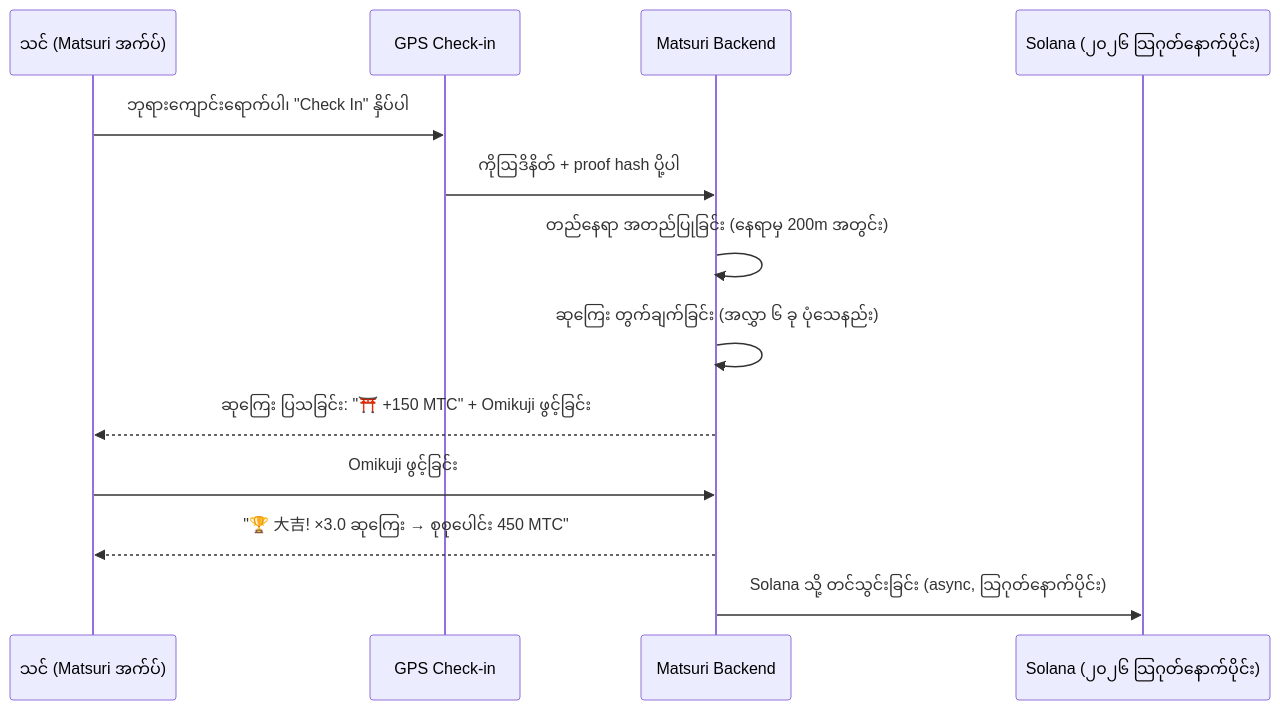
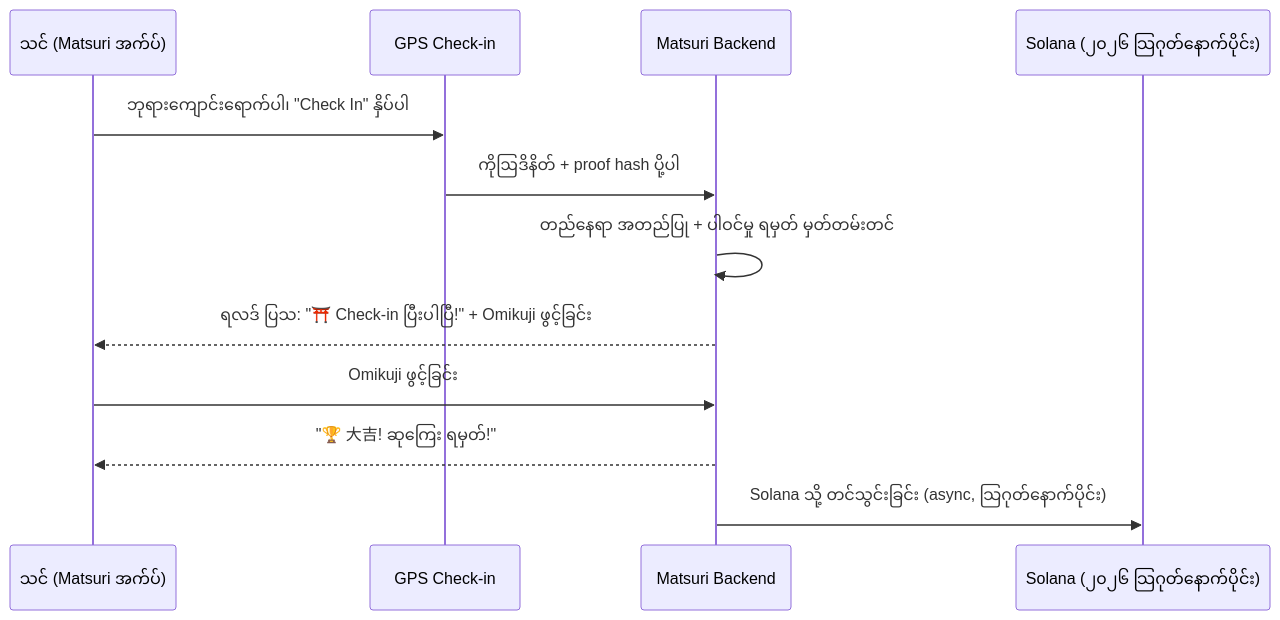
Before and after one commit to Cootakahashi/matsuri-dao-whitepaper: the second of 3 diagrams in i18n/my/docusaurus-plugin-content-docs/current/04b-how-to-earn.md, drawn with Mermaid. The commit also changed other lines of this file and 51 other files, not shown here.

````diff
--- a/i18n/my/docusaurus-plugin-content-docs/current/04b-how-to-earn.md
+++ b/i18n/my/docusaurus-plugin-content-docs/current/04b-how-to-earn.md
@@ -76,16 +76,15 @@
 ```mermaid
 sequenceDiagram
     participant U as သင် (Matsuri အက်ပ်)
     participant GPS as GPS Check-in
     participant API as Matsuri Backend
     participant SC as Solana (၂၀၂၆ သြဂုတ်နောက်ပိုင်း)
 
     U->>GPS: ဘုရားကျောင်းရောက်ပါ၊ "Check In" နှိပ်ပါ
     GPS->>API: ကိုဩဒိနိတ် + proof hash ပို့ပါ
-    API->>API: တည်နေရာ အတည်ပြုခြင်း (နေရာမှ 200m အတွင်း)
-    API->>API: ဆုကြေး တွက်ချက်ခြင်း (အလွှာ ၆ ခု ပုံသေနည်း)
-    API-->>U: ဆုကြေး ပြသခြင်း: "⛩️ +150 MTC" + Omikuji ဖွင့်ခြင်း
+    API->>API: တည်နေရာ အတည်ပြု + ပါဝင်မှု ရမှတ် မှတ်တမ်းတင်
+    API-->>U: ရလဒ် ပြသ: "⛩️ Check-in ပြီးပါပြီ!" + Omikuji ဖွင့်ခြင်း
     U->>API: Omikuji ဖွင့်ခြင်း
-    API-->>U: "🏆 大吉! ×3.0 ဆုကြေး → စုစုပေါင်း 450 MTC"
+    API-->>U: "🏆 大吉! ဆုကြေး ရမှတ်!"
     API->>SC: Solana သို့ တင်သွင်းခြင်း (async, သြဂုတ်နောက်ပိုင်း)
 ```
````
